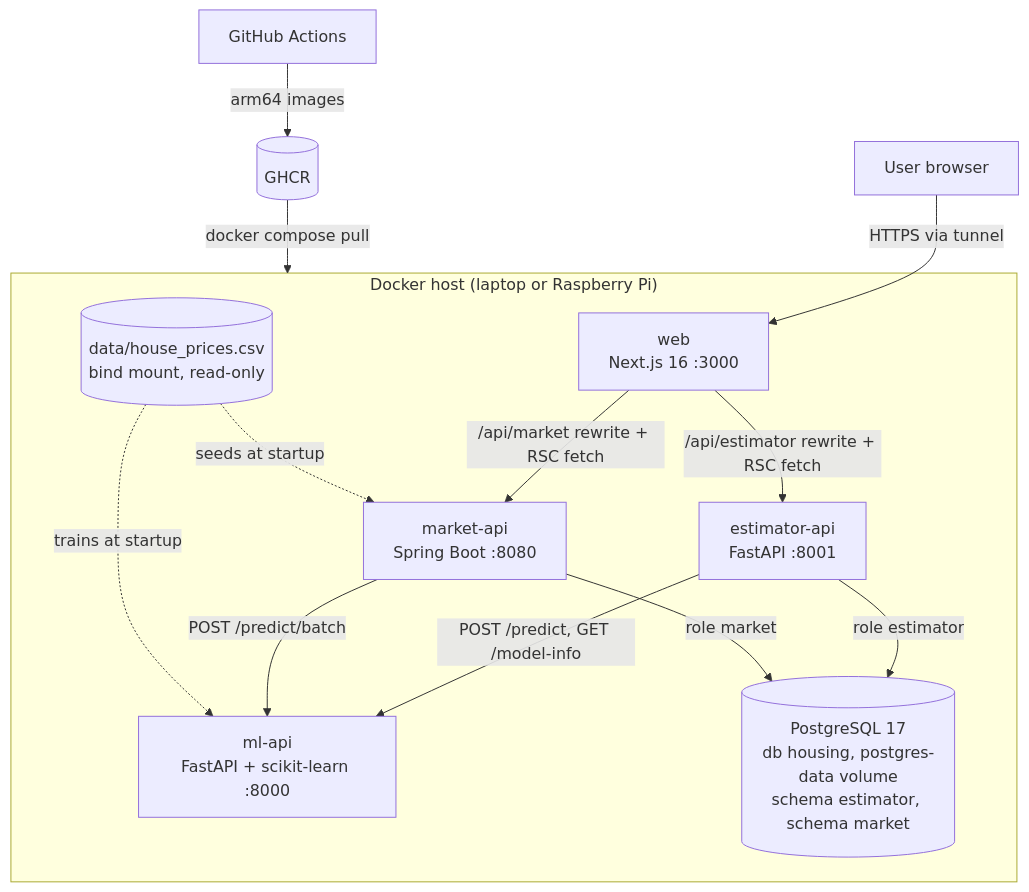
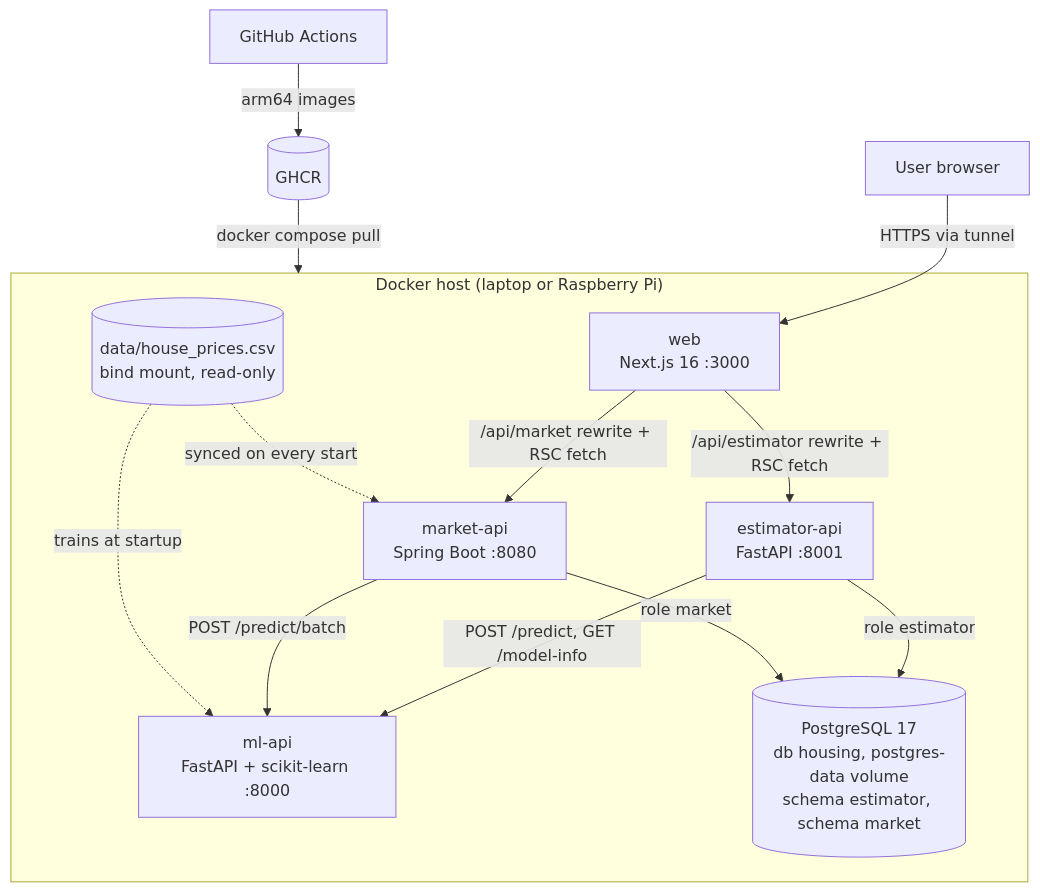
One commit to Ekhrapykin/housing-prediction-portal changed the first of 4 diagrams in ARCHITECTURE.md. Above: the diagram before and after it, drawn with Mermaid. The commit also changed other lines of this file and 5 other files, not shown here.

First line of the commit message:
Rename DataSeeder to ingest/CsvPropertySync and document why it runs on start

````diff
--- a/ARCHITECTURE.md
+++ b/ARCHITECTURE.md
@@ -7,22 +7,22 @@
 ```mermaid
 flowchart TB
   U[User browser] -->|HTTPS via tunnel| W
   subgraph Host["Docker host (laptop or Raspberry Pi)"]
     W[web<br/>Next.js 16 :3000]
     E[estimator-api<br/>FastAPI :8001]
     M[market-api<br/>Spring Boot :8080]
     ML[ml-api<br/>FastAPI + scikit-learn :8000]
     PG[(PostgreSQL 17<br/>db housing, postgres-data volume<br/>schema estimator, schema market)]
     CSV[(data/house_prices.csv<br/>bind mount, read-only)]
     W -->|/api/estimator rewrite + RSC fetch| E
     W -->|/api/market rewrite + RSC fetch| M
     E -->|POST /predict, GET /model-info| ML
     M -->|POST /predict/batch| ML
     E -->|role estimator| PG
     M -->|role market| PG
     CSV -.->|trains at startup| ML
-    CSV -.->|seeds at startup| M
+    CSV -.->|synced on every start| M
   end
   GH[GitHub Actions] -->|arm64 images| GHCR[(GHCR)]
   GHCR -->|docker compose pull| Host
 ```
````
